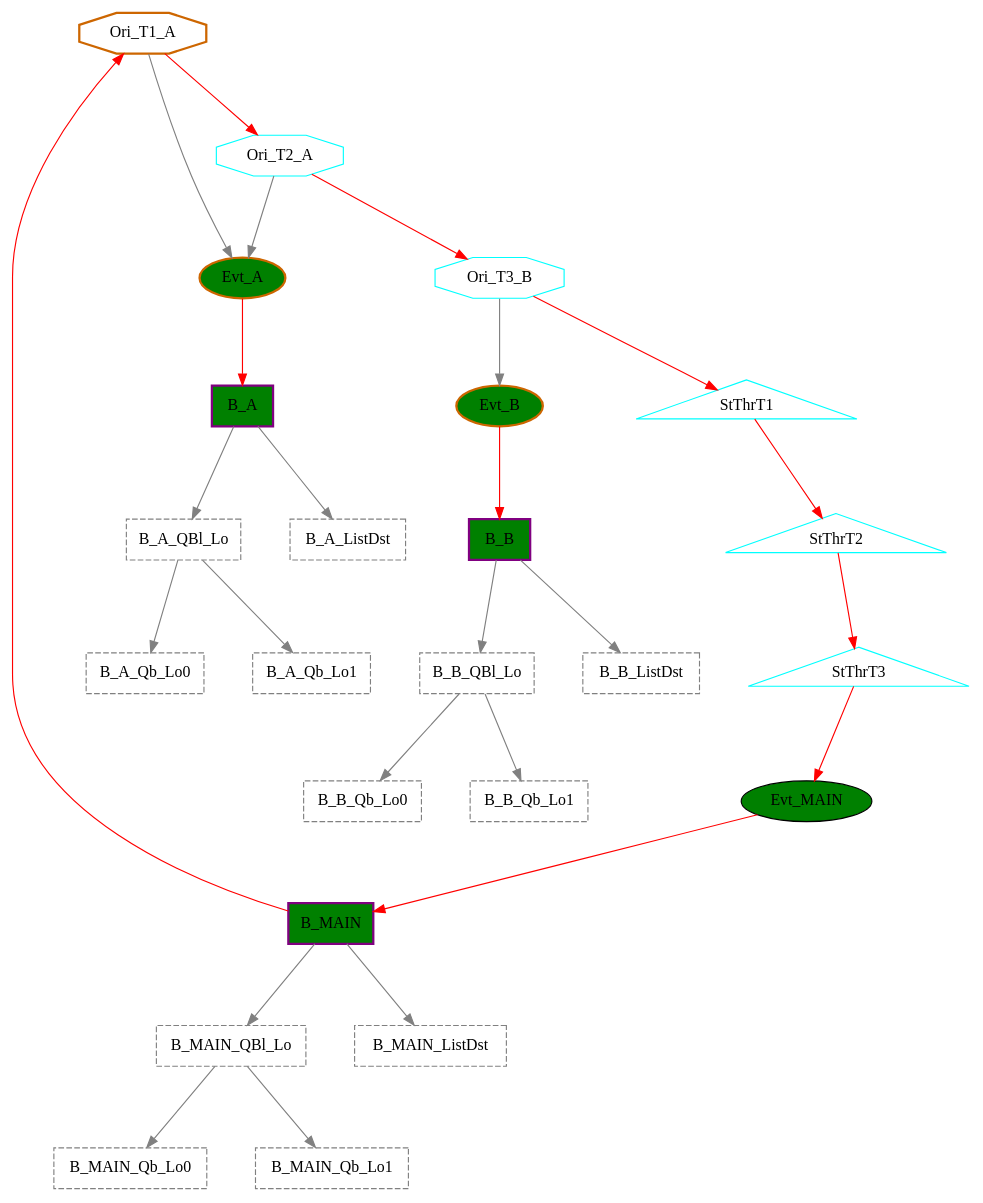
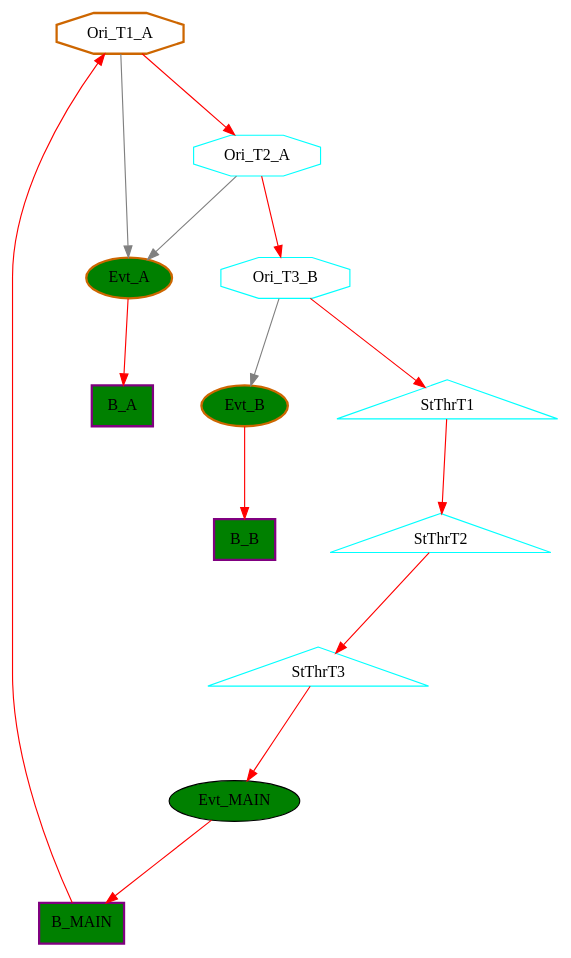
One commit to GSI-CS-CO/bel_projects changed the diagram in modules/ftm/doc/testdoc/TestPattern/booster_startthread-0-s.dot. Above: the diagram before and after it, drawn with Graphviz. The commit also changed 4 other files, not shown here.

```diff
--- a/modules/ftm/doc/testdoc/TestPattern/booster_startthread-0-s.dot
+++ b/modules/ftm/doc/testdoc/TestPattern/booster_startthread-0-s.dot
@@ -1,53 +1,29 @@
 digraph G {
 graph [root="Demo",rankdir   = TB, nodesep           = 0.6, mindist     = 1.0, ranksep = 1.0, overlap = false]
 node [style     = "filled", fillcolor = "white", color = "black"]
-B_A[cpu="1", flags="0x00108107", type="block", tperiod="100000000", pattern="A", patentry="false", patexit="true", beamproc="undefined", bpentry="false", bpexit="false", qlo="true", qhi="false", qil="false", shape     = "rectangle", fillcolor = "green", penwidth=2, color = "purple"];
-B_B[cpu="1", flags="0x00108107", type="block", tperiod="100000000", pattern="B", patentry="false", patexit="true", beamproc="undefined", bpentry="false", bpexit="false", qlo="true", qhi="false", qil="false", shape     = "rectangle", fillcolor = "green", penwidth=2, color = "purple"];
-B_MAIN[cpu="1", flags="0x00108107", type="block", tperiod="1000000000", pattern="MAIN", patentry="false", patexit="true", beamproc="undefined", bpentry="false", bpexit="false", qlo="true", qhi="false", qil="false", shape     = "rectangle", fillcolor = "green", penwidth=2, color = "purple"];
+B_A[cpu="1", flags="0x00008107", type="block", tperiod="10000000", pattern="A", patentry="false", patexit="true", beamproc="undefined", bpentry="false", bpexit="false", qlo="false", qhi="false", qil="false", shape     = "rectangle", fillcolor = "green", penwidth=2, color = "purple"];
+B_B[cpu="1", flags="0x00008107", type="block", tperiod="10000000", pattern="B", patentry="false", patexit="true", beamproc="undefined", bpentry="false", bpexit="false", qlo="false", qhi="false", qil="false", shape     = "rectangle", fillcolor = "green", penwidth=2, color = "purple"];
+B_MAIN[cpu="1", flags="0x00008107", type="block", tperiod="100000000", pattern="MAIN", patentry="false", patexit="true", beamproc="undefined", bpentry="false", bpexit="false", qlo="false", qhi="false", qil="false", shape     = "rectangle", fillcolor = "green", penwidth=2, color = "purple"];
 Evt_A[cpu="1", flags="0x00002102", type="tmsg", toffs="1000", pattern="A", patentry="true", patexit="false", beamproc="undefined", bpentry="false", bpexit="false", fid="1", gid="0", evtno="2", beamin="0", bpcstart="0", sid="0", bpid="0", reqnobeam="0", vacc="0", id="0x1000002000000000", par="0x0000000000000002", tef="0", shape     = "oval", fillcolor = "green", penwidth=2, color = "darkorange3"];
 Evt_B[cpu="1", flags="0x00002102", type="tmsg", toffs="0", pattern="B", patentry="true", patexit="false", beamproc="undefined", bpentry="false", bpexit="false", fid="1", gid="0", evtno="3", beamin="0", bpcstart="0", sid="0", bpid="0", reqnobeam="0", vacc="0", id="0x1000003000000000", par="0x0000000000000003", tef="0", shape     = "oval", fillcolor = "green", penwidth=2, color = "darkorange3"];
-Evt_MAIN[cpu="1", flags="0x00000102", type="tmsg", toffs="20000", pattern="MAIN", patentry="false", patexit="false", beamproc="undefined", bpentry="false", bpexit="false", fid="1", gid="0", evtno="1", beamin="0", bpcstart="0", sid="0", bpid="0", reqnobeam="0", vacc="0", id="0x1000001000000000", par="0x0000000000000001", tef="0", shape     = "oval", fillcolor = "green"];
+Evt_MAIN[cpu="1", flags="0x00000102", type="tmsg", toffs="20000", pattern="MAIN", patentry="false", patexit="false", beamproc="undefined", bpentry="false", bpexit="false", fid="1", gid="0", evtno="0", beamin="0", bpcstart="0", sid="0", bpid="0", reqnobeam="0", vacc="0", id="0x1000000000000000", par="0x0000000000000000", tef="0", shape     = "oval", fillcolor = "green"];
 Ori_T1_A[cpu="1", flags="0x0000200d", type="origin", toffs="0", pattern="MAIN", patentry="true", patexit="false", beamproc="undefined", bpentry="false", bpexit="false", thread="1", shape     = "octagon", color  = "cyan", fillcolor = "white", penwidth=2, color = "darkorange3"];
 Ori_T2_A[cpu="1", flags="0x0000000d", type="origin", toffs="0", pattern="MAIN", patentry="false", patexit="false", beamproc="undefined", bpentry="false", bpexit="false", thread="2", shape     = "octagon", color  = "cyan", fillcolor = "white"];
 Ori_T3_B[cpu="1", flags="0x0000000d", type="origin", toffs="0", pattern="MAIN", patentry="false", patexit="false", beamproc="undefined", bpentry="false", bpexit="false", thread="3", shape     = "octagon", color  = "cyan", fillcolor = "white"];
 StThrT1[cpu="1", flags="0x0000000e", type="startthread", toffs="235", pattern="MAIN", patentry="false", patexit="false", beamproc="undefined", bpentry="false", bpexit="false", startoffs="0", thread="1", shape     = "triangle", color  = "cyan", fillcolor = "white"];
 StThrT2[cpu="1", flags="0x0000000e", type="startthread", toffs="235", pattern="MAIN", patentry="false", patexit="false", beamproc="undefined", bpentry="false", bpexit="false", startoffs="10000000", thread="2", shape     = "triangle", color  = "cyan", fillcolor = "white"];
 StThrT3[cpu="1", flags="0x0000000e", type="startthread", toffs="10000", pattern="MAIN", patentry="false", patexit="false", beamproc="undefined", bpentry="false", bpexit="false", startoffs="0", thread="3", shape     = "triangle", color  = "cyan", fillcolor = "white"];
-B_A_QBl_Lo[cpu="1", flags="0x00000009", type="qinfo", shape = "rectangle", color = "gray", style = "dashed, filled"];
-B_A_Qb_Lo0[cpu="1", flags="0x0000000a", type="qbuf", shape = "rectangle", color = "gray", style = "dashed, filled"];
-B_A_Qb_Lo1[cpu="1", flags="0x0000000a", type="qbuf", shape = "rectangle", color = "gray", style = "dashed, filled"];
-B_A_ListDst[cpu="1", flags="0x0000000c", type="listdst", shape = "rectangle", color = "gray", style = "dashed, filled"];
-B_B_QBl_Lo[cpu="1", flags="0x00000009", type="qinfo", shape = "rectangle", color = "gray", style = "dashed, filled"];
-B_B_Qb_Lo0[cpu="1", flags="0x0000000a", type="qbuf", shape = "rectangle", color = "gray", style = "dashed, filled"];
-B_B_Qb_Lo1[cpu="1", flags="0x0000000a", type="qbuf", shape = "rectangle", color = "gray", style = "dashed, filled"];
-B_B_ListDst[cpu="1", flags="0x0000000c", type="listdst", shape = "rectangle", color = "gray", style = "dashed, filled"];
-B_MAIN_QBl_Lo[cpu="1", flags="0x00000009", type="qinfo", shape = "rectangle", color = "gray", style = "dashed, filled"];
-B_MAIN_Qb_Lo0[cpu="1", flags="0x0000000a", type="qbuf", shape = "rectangle", color = "gray", style = "dashed, filled"];
-B_MAIN_Qb_Lo1[cpu="1", flags="0x0000000a", type="qbuf", shape = "rectangle", color = "gray", style = "dashed, filled"];
-B_MAIN_ListDst[cpu="1", flags="0x0000000c", type="listdst", shape = "rectangle", color = "gray", style = "dashed, filled"];
-B_A->B_A_ListDst [type="listdst", color = "gray"];
-B_A->B_A_QBl_Lo [type="priolo", color = "gray"];
-B_B->B_B_ListDst [type="listdst", color = "gray"];
-B_B->B_B_QBl_Lo [type="priolo", color = "gray"];
 StThrT1->StThrT2 [type="defdst", color = "red"];
-B_MAIN->B_MAIN_ListDst [type="listdst", color = "gray"];
-B_MAIN->B_MAIN_QBl_Lo [type="priolo", color = "gray"];
+B_MAIN->Ori_T1_A [type="defdst", color = "red"];
 Evt_A->B_A [type="defdst", color = "red"];
 Evt_B->B_B [type="defdst", color = "red"];
 Evt_MAIN->B_MAIN [type="defdst", color = "red"];
 Ori_T1_A->Ori_T2_A [type="defdst", color = "red"];
 Ori_T1_A->Evt_A [type="origindst", color = "gray"];
 Ori_T2_A->Ori_T3_B [type="defdst", color = "red"];
 Ori_T2_A->Evt_A [type="origindst", color = "gray"];
 Ori_T3_B->StThrT1 [type="defdst", color = "red"];
 Ori_T3_B->Evt_B [type="origindst", color = "gray"];
 StThrT2->StThrT3 [type="defdst", color = "red"];
 StThrT3->Evt_MAIN [type="defdst", color = "red"];
-B_B_QBl_Lo->B_B_Qb_Lo0 [type="meta", color = "gray"];
-B_B_QBl_Lo->B_B_Qb_Lo1 [type="meta", color = "gray"];
-B_MAIN_QBl_Lo->B_MAIN_Qb_Lo0 [type="meta", color = "gray"];
-B_MAIN_QBl_Lo->B_MAIN_Qb_Lo1 [type="meta", color = "gray"];
-B_A_QBl_Lo->B_A_Qb_Lo0 [type="meta", color = "gray"];
-B_A_QBl_Lo->B_A_Qb_Lo1 [type="meta", color = "gray"];
-B_MAIN->Ori_T1_A [type="defdst", color = "red"];
 }
```
